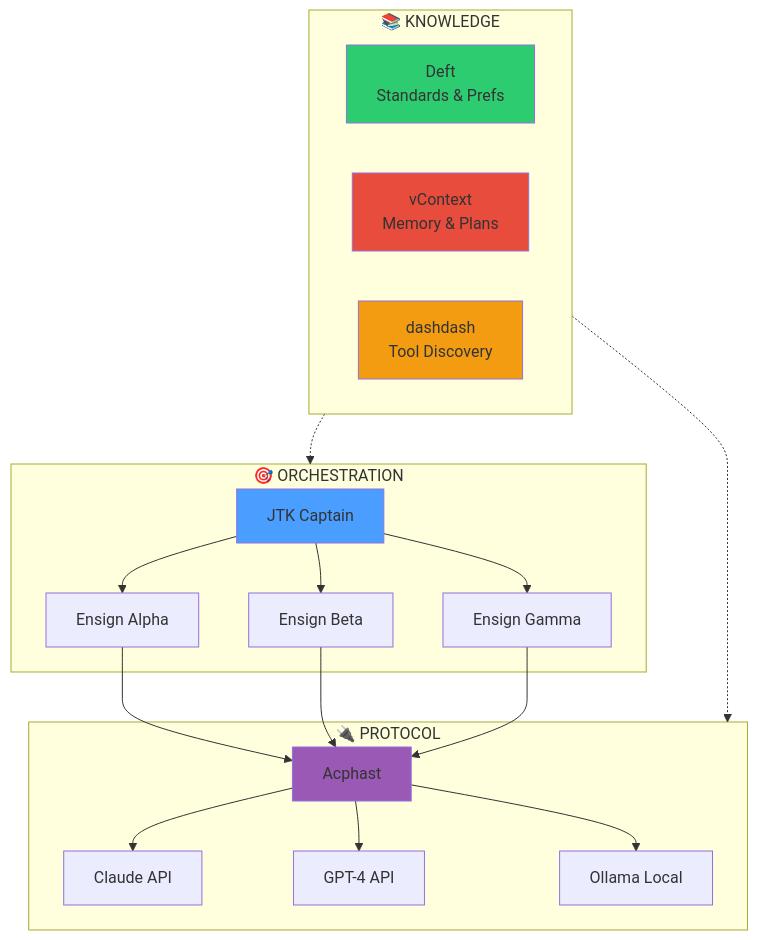
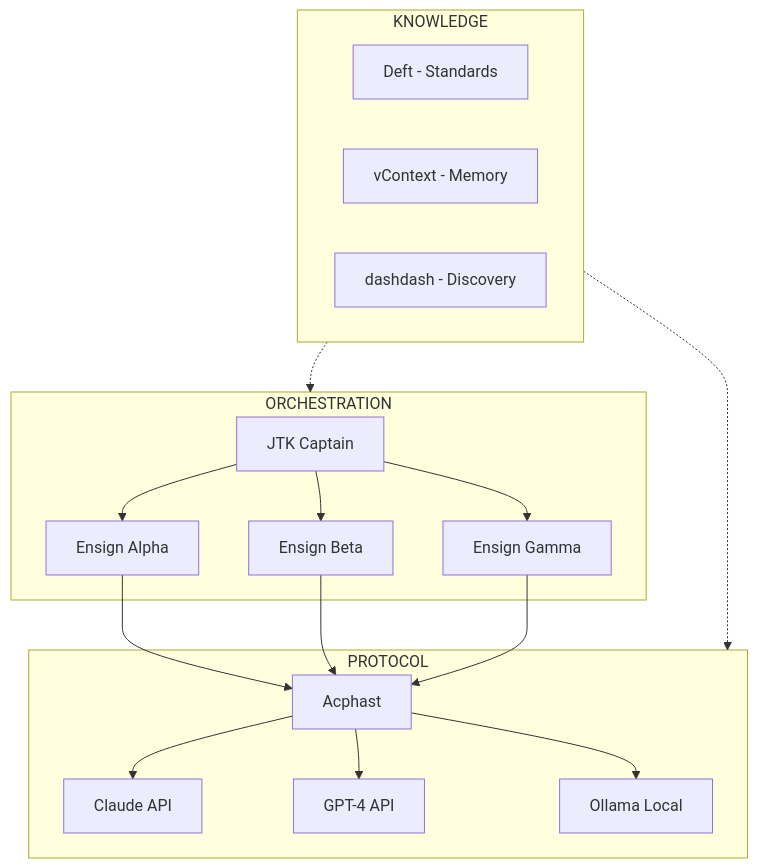
One commit to visionik/acphast changed the first of 10 diagrams in docs/VISIONIK-AI-ROADMAP.md. Above: the diagram before and after it, drawn with Mermaid. The commit also changed other lines of this file, not shown here.

Commit message:
Fix Mermaid: remove colors, fix text in boxes

````diff
--- a/docs/VISIONIK-AI-ROADMAP.md
+++ b/docs/VISIONIK-AI-ROADMAP.md
@@ -9,31 +9,25 @@
 ```mermaid
 flowchart TB
-    subgraph Orchestration["🎯 ORCHESTRATION"]
+    subgraph Orchestration["ORCHESTRATION"]
         JTK[JTK Captain]
         JTK --> E1[Ensign Alpha]
         JTK --> E2[Ensign Beta]
         JTK --> E3[Ensign Gamma]
     end
     
-    subgraph Protocol["🔌 PROTOCOL"]
+    subgraph Protocol["PROTOCOL"]
         E1 & E2 & E3 --> Acphast
         Acphast --> Claude[Claude API]
         Acphast --> GPT[GPT-4 API]
         Acphast --> Ollama[Ollama Local]
     end
     
-    subgraph Knowledge["📚 KNOWLEDGE"]
-        Deft[Deft\nStandards & Prefs]
-        vContext[vContext\nMemory & Plans]
-        dashdash[dashdash\nTool Discovery]
+    subgraph Knowledge["KNOWLEDGE"]
+        Deft[Deft - Standards]
+        vContext[vContext - Memory]
+        dashdash[dashdash - Discovery]
     end
     
     Knowledge -.-> Orchestration
     Knowledge -.-> Protocol
-    
-    style JTK fill:#4a9eff
-    style Acphast fill:#9b59b6
-    style Deft fill:#2ecc71
-    style vContext fill:#e74c3c
-    style dashdash fill:#f39c12
 ```
````
